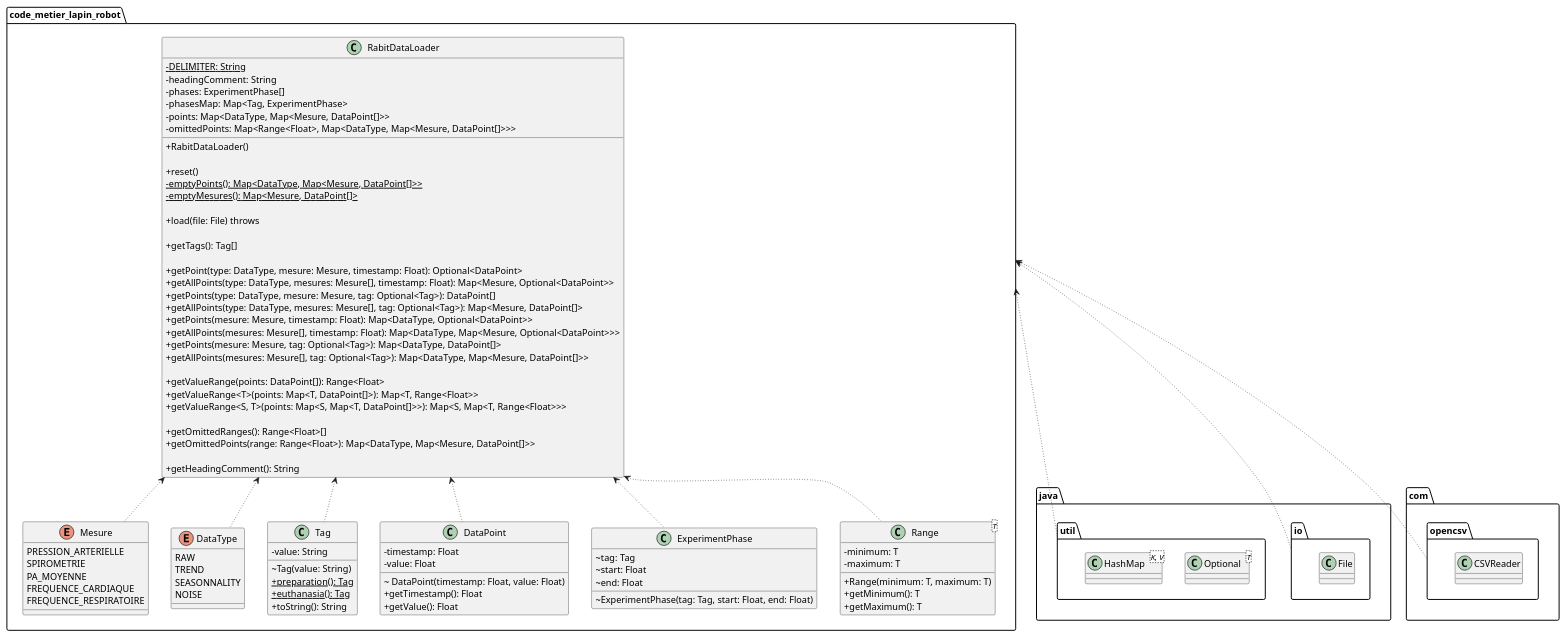
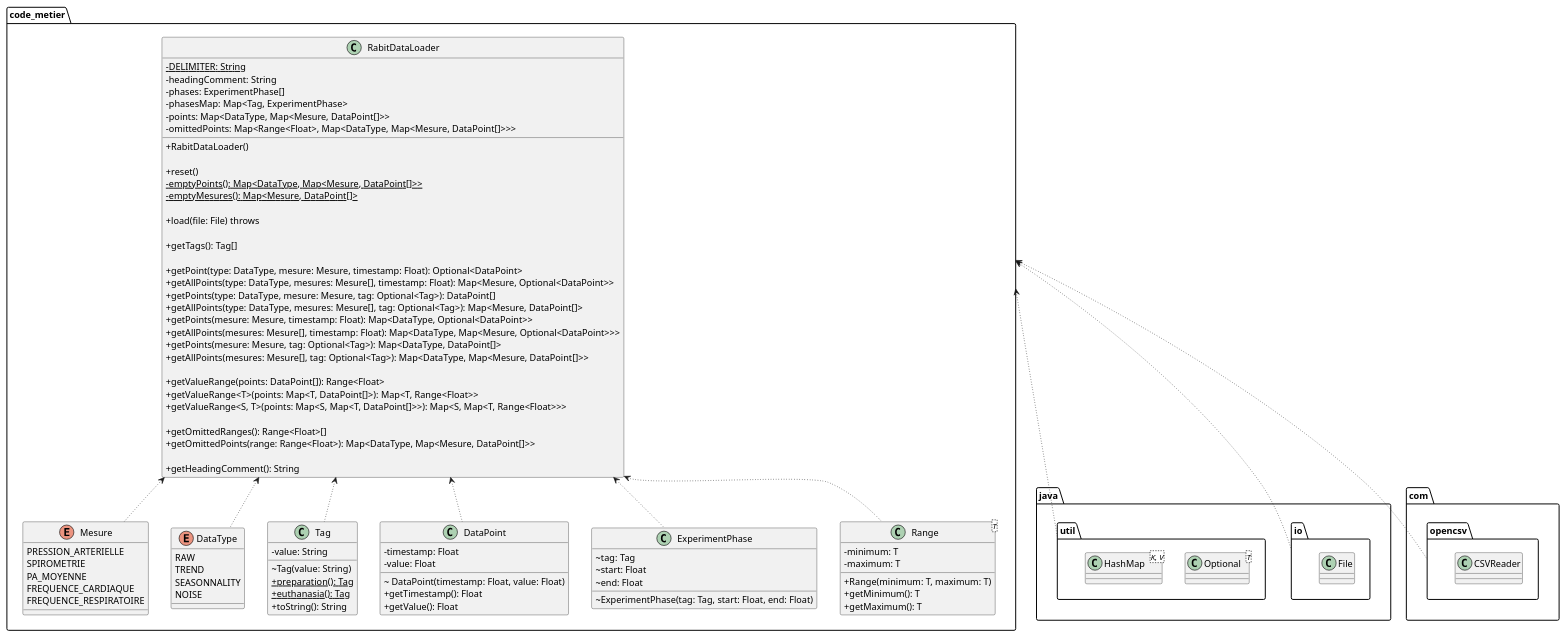
One commit to RemiBardon/imt-fil-a1-acdc-projet-lapin-robot changed the diagram in README.md. Above: the diagram before and after it, drawn with PlantUML. The commit also changed 1 other file, not shown here.

Commit message:
Add missing README.pdf

```diff
--- a/README.md
+++ b/README.md
@@ -105,7 +105,7 @@
     class CSVReader
 }
 
-package code_metier_lapin_robot {
+package code_metier {
 
     enum Mesure {
         PRESSION_ARTERIELLE
@@ -198,7 +198,7 @@
 
 }
 
-code_metier_lapin_robot <-down[dotted]- java.util
-code_metier_lapin_robot <-down[dotted]- java.io
-code_metier_lapin_robot <-down[dotted]- com.opencsv
+code_metier <-down[dotted]- java.util
+code_metier <-down[dotted]- java.io
+code_metier <-down[dotted]- com.opencsv
 @enduml
```
